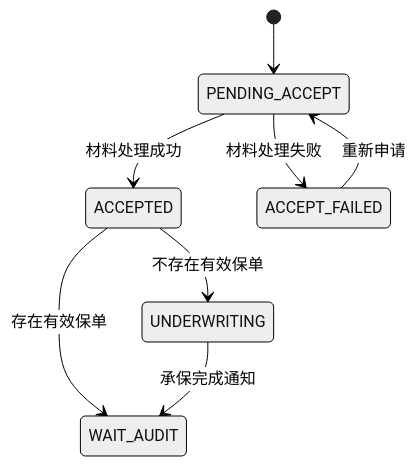
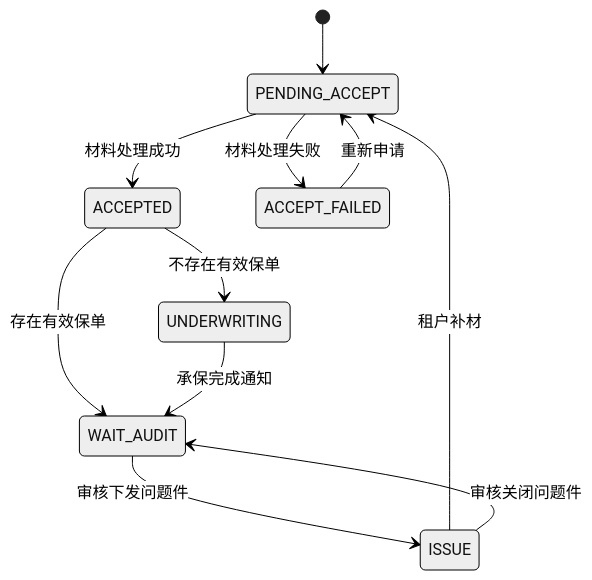
Before and after one commit to wangguangwu/claim-integration-platform: the fourth of 11 diagrams in docs/architecture/claim-application-architecture.md, drawn with Mermaid (neutral theme). The commit also changed other lines of this file and 118 other files, not shown here.

````diff
--- a/docs/architecture/claim-application-architecture.md
+++ b/docs/architecture/claim-application-architecture.md
@@ -242,12 +253,15 @@
 ```mermaid
 stateDiagram-v2
     [*] --> PENDING_ACCEPT
 
     PENDING_ACCEPT --> ACCEPTED: 材料处理成功
     PENDING_ACCEPT --> ACCEPT_FAILED: 材料处理失败
     ACCEPT_FAILED --> PENDING_ACCEPT: 重新申请
+    ISSUE --> PENDING_ACCEPT: 租户补材
 
     ACCEPTED --> WAIT_AUDIT: 存在有效保单
     ACCEPTED --> UNDERWRITING: 不存在有效保单
     UNDERWRITING --> WAIT_AUDIT: 承保完成通知
+    WAIT_AUDIT --> ISSUE: 审核下发问题件
+    ISSUE --> WAIT_AUDIT: 审核关闭问题件
 ```
````
